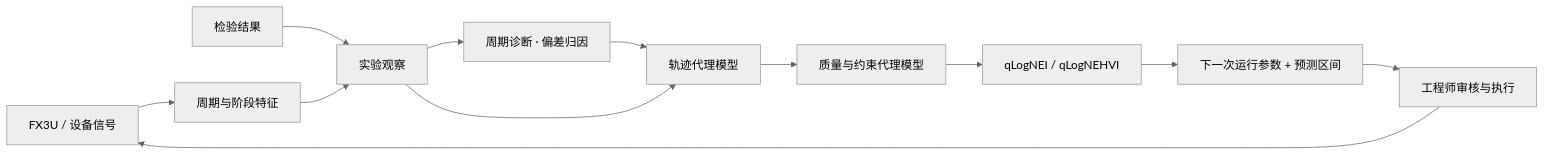
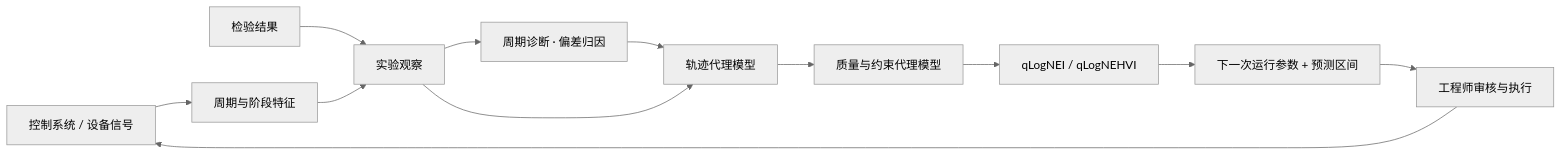
The diagram in README.md (liuweichaox/Ingot), drawn with Mermaid (neutral theme) before and after one commit. The commit also changed other lines of this file and 99 other files, not shown here.

````diff
--- a/README.md
+++ b/README.md
@@ -43,14 +51,14 @@
 ```mermaid
 flowchart LR
-    A["FX3U / 设备信号"] --> B["周期与阶段特征"]
+    A["控制系统 / 设备信号"] --> B["周期与阶段特征"]
     C["检验结果"] --> D["实验观察"]
     B --> D
     D --> J["周期诊断 · 偏差归因"]
     J --> E["轨迹代理模型"]
     D --> E
     E --> F["质量与约束代理模型"]
     F --> G["qLogNEI / qLogNEHVI"]
     G --> H["下一次运行参数 + 预测区间"]
     H --> I["工程师审核与执行"]
     I --> A
 ```
````
